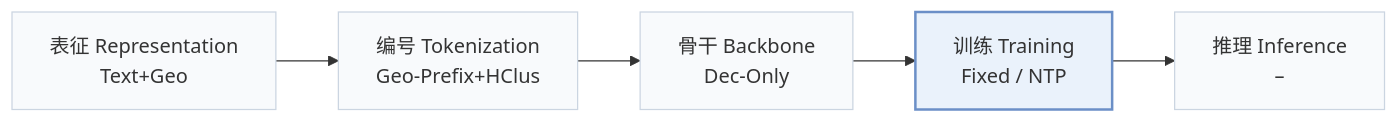
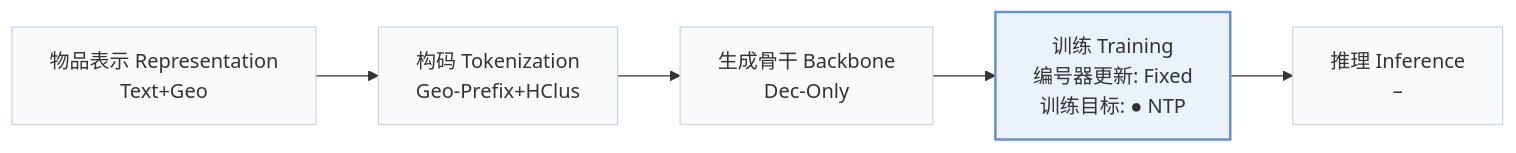
One commit to Galaxy-ghost/Awesome-SID-Generative-Rec changed the first of 2 diagrams in pages/zh/papers/aware.md. Above: the diagram before and after it, drawn with Mermaid. The commit also changed other lines of this file and 558 other files, not shown here.

````diff
--- a/pages/zh/papers/aware.md
+++ b/pages/zh/papers/aware.md
@@ -15,8 +19,8 @@
 ```mermaid
 flowchart LR
-    R["表征 Representation<br/>Text+Geo"] --> T["编号 Tokenization<br/>Geo-Prefix+HClus"] --> B["骨干 Backbone<br/>Dec-Only"] --> TR["训练 Training<br/>Fixed / NTP"] --> I["推理 Inference<br/>–"]
+    R["物品表示 Representation<br/>Text+Geo"] --> T["构码 Tokenization<br/>Geo-Prefix+HClus"] --> B["生成骨干 Backbone<br/>Dec-Only"] --> TR["训练 Training<br/>编号器更新: Fixed<br/>训练目标: ● NTP"] --> I["推理 Inference<br/>–"]
     classDef base fill:#f8fafc,stroke:#cbd5e1
     class R,T,B,TR,I base
     classDef main fill:#eaf2fb,stroke:#6b8fc7,stroke-width:2px
     class TR main
 ```
````
